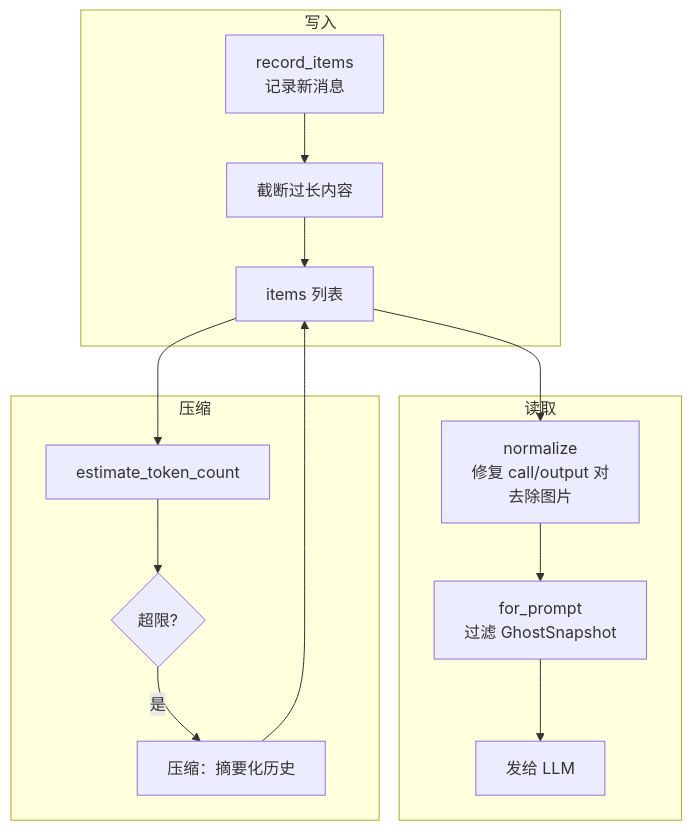
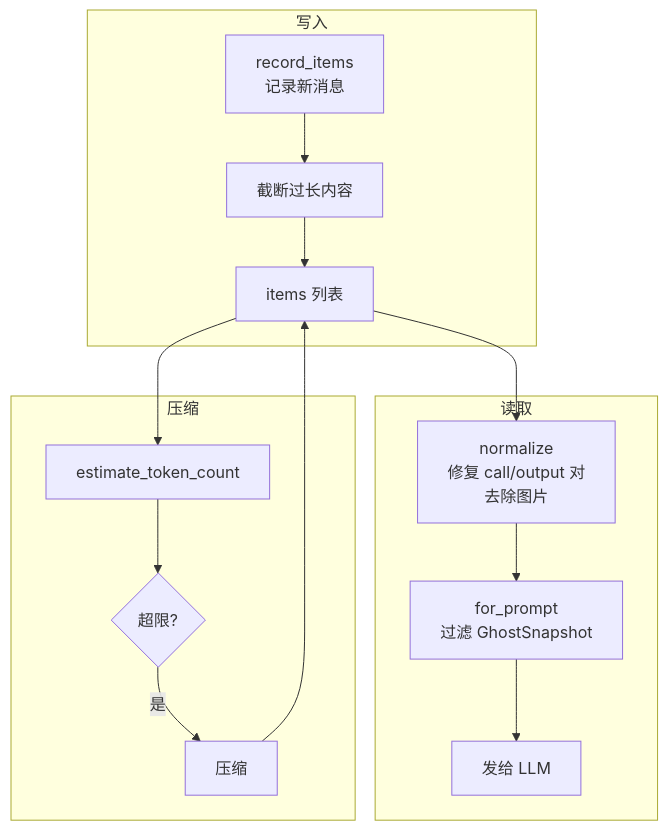
One commit to yibn2008/learn-codex changed the diagram in wiki/05-context-management.md. Above: the diagram before and after it, drawn with Mermaid. The commit also changed other lines of this file, not shown here.

````diff
--- a/wiki/05-context-management.md
+++ b/wiki/05-context-management.md
@@ -36,20 +40,20 @@
 ```mermaid
 graph TD
     subgraph 写入
         REC[record_items<br/>记录新消息] --> TRUNC[截断过长内容]
         TRUNC --> ITEMS[items 列表]
     end
 
     subgraph 读取
         ITEMS --> NORM[normalize<br/>修复 call/output 对<br/>去除图片]
         NORM --> PROMPT[for_prompt<br/>过滤 GhostSnapshot]
         PROMPT --> LLM[发给 LLM]
     end
 
     subgraph 压缩
         ITEMS --> EST[estimate_token_count]
         EST --> CHECK{超限?}
-        CHECK -->|是| COMPACT[压缩：摘要化历史]
+        CHECK -->|是| COMPACT[压缩]
         COMPACT --> ITEMS
     end
 ```
````
